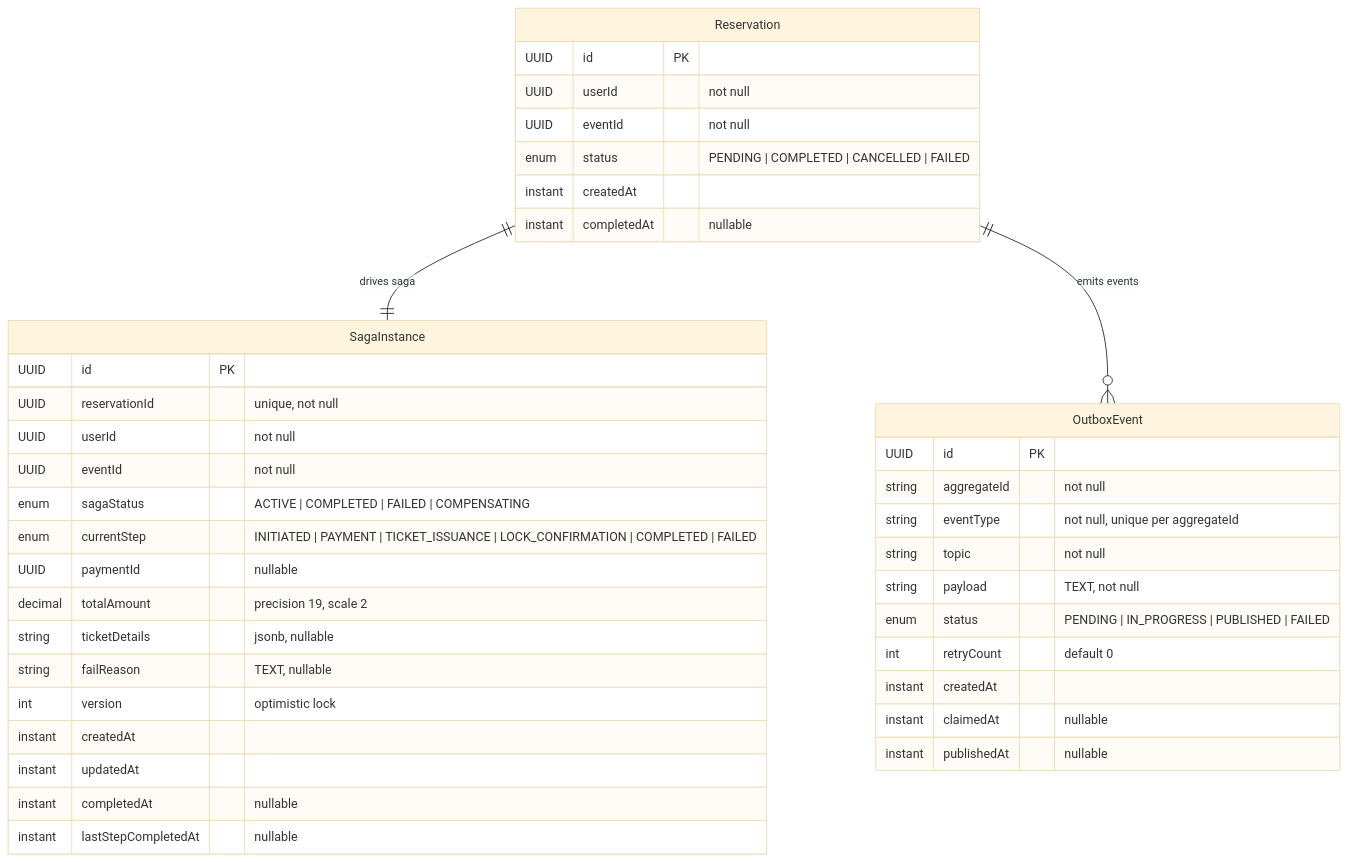
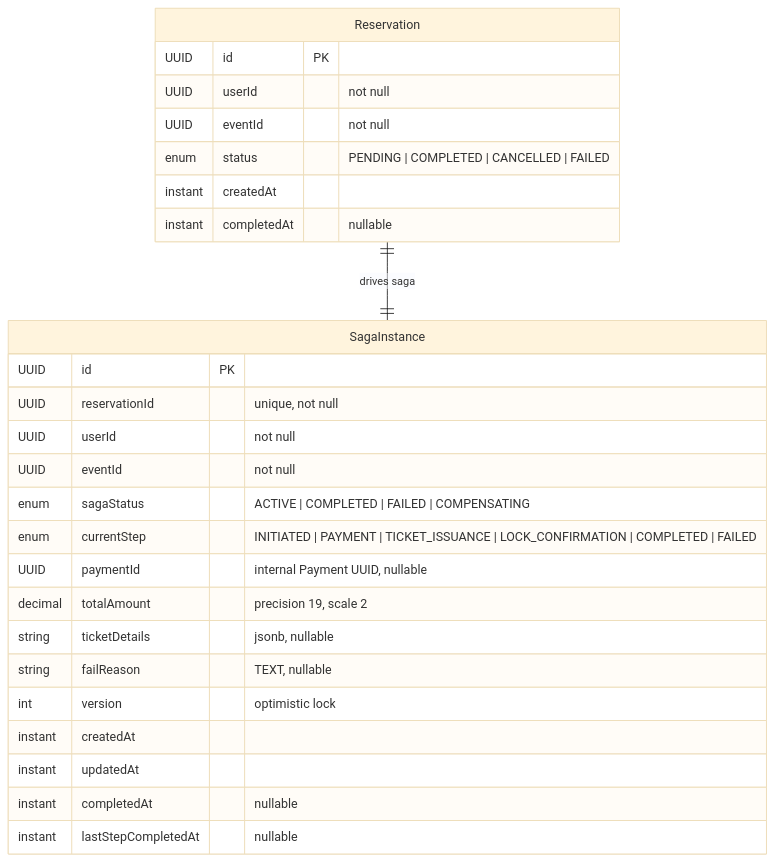
Before and after one commit to Ticket-Souq/TicketSouq: the diagram in docs/services/reservation-service/erd.md, drawn with Mermaid (base theme). The commit also changed other lines of this file and 23 other files, not shown here.

````diff
--- a/docs/services/reservation-service/erd.md
+++ b/docs/services/reservation-service/erd.md
@@ -11,51 +11,35 @@
 ```mermaid
 erDiagram
   %% ── Logical (UUID) relationships ────────────────────────────
 
   Reservation ||--|| SagaInstance : "drives saga"
   %% Source: reservation-service/src/main/java/.../model/SagaInstance.java:33 (reservationId UUID field)
   %% Source: reservation-service/src/main/java/.../model/SagaInstance.java:18-19 (@UniqueConstraint on reservationId)
-
-  Reservation ||--o{ OutboxEvent : "emits events"
-  %% Source: reservation-service/src/main/java/.../model/OutboxEvent.java:39 (aggregateId String field)
 
   Reservation {
     UUID id PK
     UUID userId "not null"
     UUID eventId "not null"
     enum status "PENDING | COMPLETED | CANCELLED | FAILED"
     instant createdAt
     instant completedAt "nullable"
   }
 
   SagaInstance {
     UUID id PK
     UUID reservationId "unique, not null"
     UUID userId "not null"
     UUID eventId "not null"
     enum sagaStatus "ACTIVE | COMPLETED | FAILED | COMPENSATING"
     enum currentStep "INITIATED | PAYMENT | TICKET_ISSUANCE | LOCK_CONFIRMATION | COMPLETED | FAILED"
-    UUID paymentId "nullable"
+    UUID paymentId "internal Payment UUID, nullable"
     decimal totalAmount "precision 19, scale 2"
     string ticketDetails "jsonb, nullable"
     string failReason "TEXT, nullable"
     int version "optimistic lock"
     instant createdAt
     instant updatedAt
     instant completedAt "nullable"
     instant lastStepCompletedAt "nullable"
   }
-
-  OutboxEvent {
-    UUID id PK
-    string aggregateId "not null"
-    string eventType "not null, unique per aggregateId"
-    string topic "not null"
-    string payload "TEXT, not null"
-    enum status "PENDING | IN_PROGRESS | PUBLISHED | FAILED"
-    int retryCount "default 0"
-    instant createdAt
-    instant claimedAt "nullable"
-    instant publishedAt "nullable"
-  }
 ```
````
